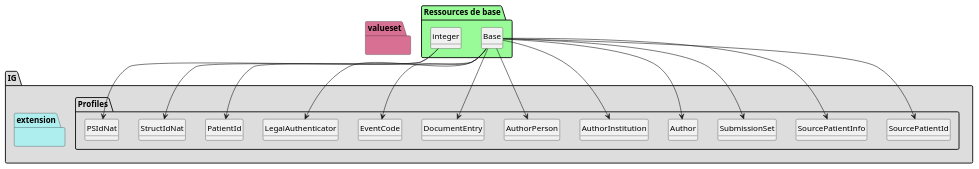
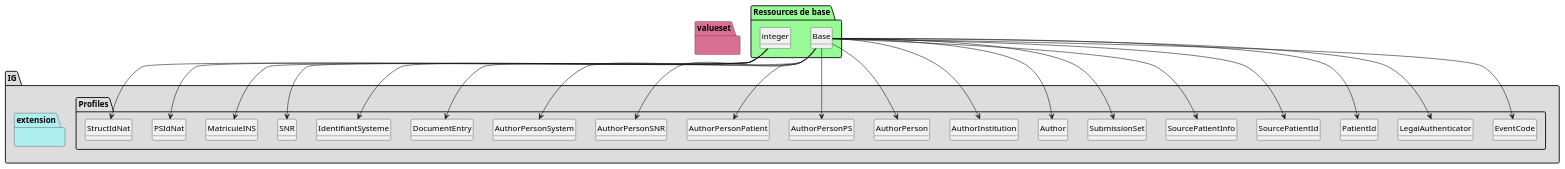
One commit to ansforge/IG-FHIR-PDSM4DMP-EEDS changed the diagram in add-info-dmp/plantuml/graph.puml. Above: the diagram before and after it, drawn with PlantUML. The commit also changed 345 other files, not shown here.

Commit message:
Ajout de l'authorPerson b45db128d703e5bc5c67fff9a7f91e49cc412255

```diff
--- a/add-info-dmp/plantuml/graph.puml
+++ b/add-info-dmp/plantuml/graph.puml
@@ -34,6 +34,50 @@
              AuthorPerson.9 => [1..1]
              AuthorPerson.10 => [1..1]
              AuthorPerson.13 => [1..1]
+        } 
+
+        class AuthorPersonPS{
+
+             AuthorPersonPS => [None..None]
+             AuthorPersonPS.1 => [1..1]
+             AuthorPersonPS.2 => [1..1]
+             AuthorPersonPS.3 => [1..1]
+             AuthorPersonPS.9 => [1..1]
+             AuthorPersonPS.10 => [1..1]
+             AuthorPersonPS.13 => [1..1]
+        } 
+
+        class AuthorPersonPatient{
+
+             AuthorPersonPatient => [None..None]
+             AuthorPersonPatient.1 => [1..1]
+             AuthorPersonPatient.2 => [1..1]
+             AuthorPersonPatient.3 => [1..1]
+             AuthorPersonPatient.9 => [1..1]
+             AuthorPersonPatient.10 => [1..1]
+             AuthorPersonPatient.13 => [1..1]
+        } 
+
+        class AuthorPersonSNR{
+
+             AuthorPersonSNR => [None..None]
+             AuthorPersonSNR.1 => [1..1]
+             AuthorPersonSNR.2 => [1..1]
+             AuthorPersonSNR.3 => [1..1]
+             AuthorPersonSNR.9 => [1..1]
+             AuthorPersonSNR.10 => [1..1]
+             AuthorPersonSNR.13 => [1..1]
+        } 
+
+        class AuthorPersonSystem{
+
+             AuthorPersonSystem => [None..None]
+             AuthorPersonSystem.1 => [1..1]
+             AuthorPersonSystem.2 => [1..1]
+             AuthorPersonSystem.3 => [1..1]
+             AuthorPersonSystem.9 => [1..1]
+             AuthorPersonSystem.10 => [1..1]
+             AuthorPersonSystem.13 => [1..1]
         } 
 
         class DocumentEntry{
@@ -81,6 +125,10 @@
              EventCode.eventCode => [1..1]
         } 
 
+        class IdentifiantSysteme{
+
+        } 
+
         class LegalAuthenticator{
 
              LegalAuthenticator => [None..None]
@@ -90,6 +138,10 @@
              LegalAuthenticator.9 => [1..1]
              LegalAuthenticator.10 => [1..1]
              LegalAuthenticator.13 => [1..1]
+        } 
+
+        class MatriculeINS{
+
         } 
 
         class PSIdNat{
@@ -102,6 +154,10 @@
              PatientId.1 => [1..1]
              PatientId.4 => [1..1]
              PatientId.5 => [1..1]
+        } 
+
+        class SNR{
+
         } 
 
         class SourcePatientId{
@@ -175,15 +231,39 @@
 
  class "Base" as  class095a1b43effec73955e31e790438de49 
 
+    class095a1b43effec73955e31e790438de49 --> AuthorPersonPS
+
+ class "Base" as  class095a1b43effec73955e31e790438de49 
+
+    class095a1b43effec73955e31e790438de49 --> AuthorPersonPatient
+
+ class "Base" as  class095a1b43effec73955e31e790438de49 
+
+    class095a1b43effec73955e31e790438de49 --> AuthorPersonSNR
+
+ class "Base" as  class095a1b43effec73955e31e790438de49 
+
+    class095a1b43effec73955e31e790438de49 --> AuthorPersonSystem
+
+ class "Base" as  class095a1b43effec73955e31e790438de49 
+
     class095a1b43effec73955e31e790438de49 --> DocumentEntry
 
  class "Base" as  class095a1b43effec73955e31e790438de49 
 
     class095a1b43effec73955e31e790438de49 --> EventCode
 
+ class "integer" as  class157db7df530023575515d366c9b672e8 
+
+    class157db7df530023575515d366c9b672e8 --> IdentifiantSysteme
+
  class "Base" as  class095a1b43effec73955e31e790438de49 
 
     class095a1b43effec73955e31e790438de49 --> LegalAuthenticator
+
+ class "integer" as  class157db7df530023575515d366c9b672e8 
+
+    class157db7df530023575515d366c9b672e8 --> MatriculeINS
 
  class "integer" as  class157db7df530023575515d366c9b672e8 
 
@@ -192,6 +272,10 @@
  class "Base" as  class095a1b43effec73955e31e790438de49 
 
     class095a1b43effec73955e31e790438de49 --> PatientId
+
+ class "integer" as  class157db7df530023575515d366c9b672e8 
+
+    class157db7df530023575515d366c9b672e8 --> SNR
 
  class "Base" as  class095a1b43effec73955e31e790438de49 
 
```
